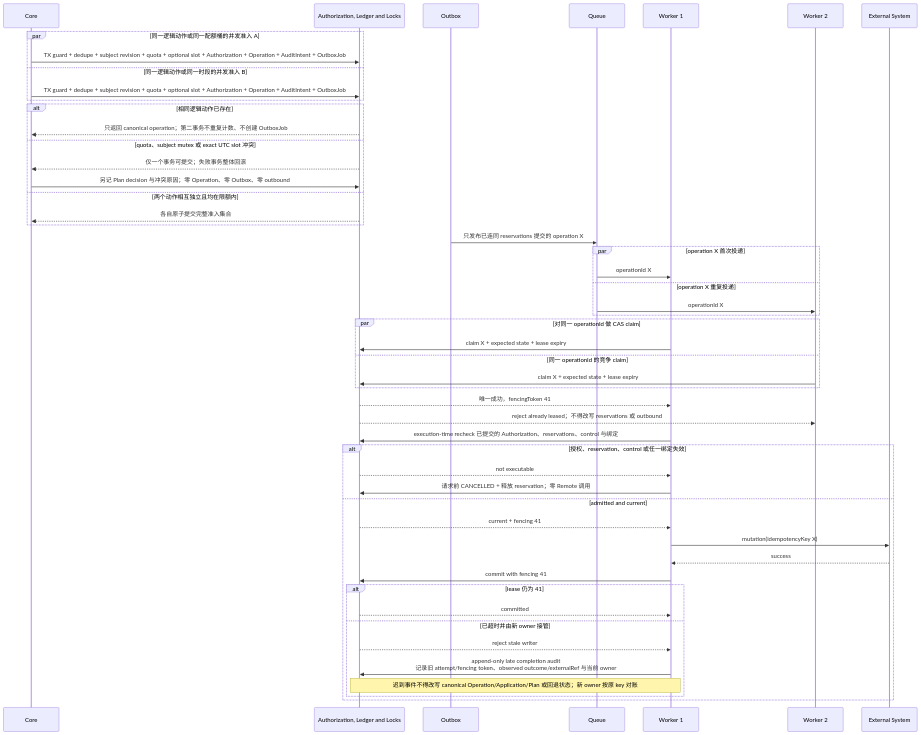
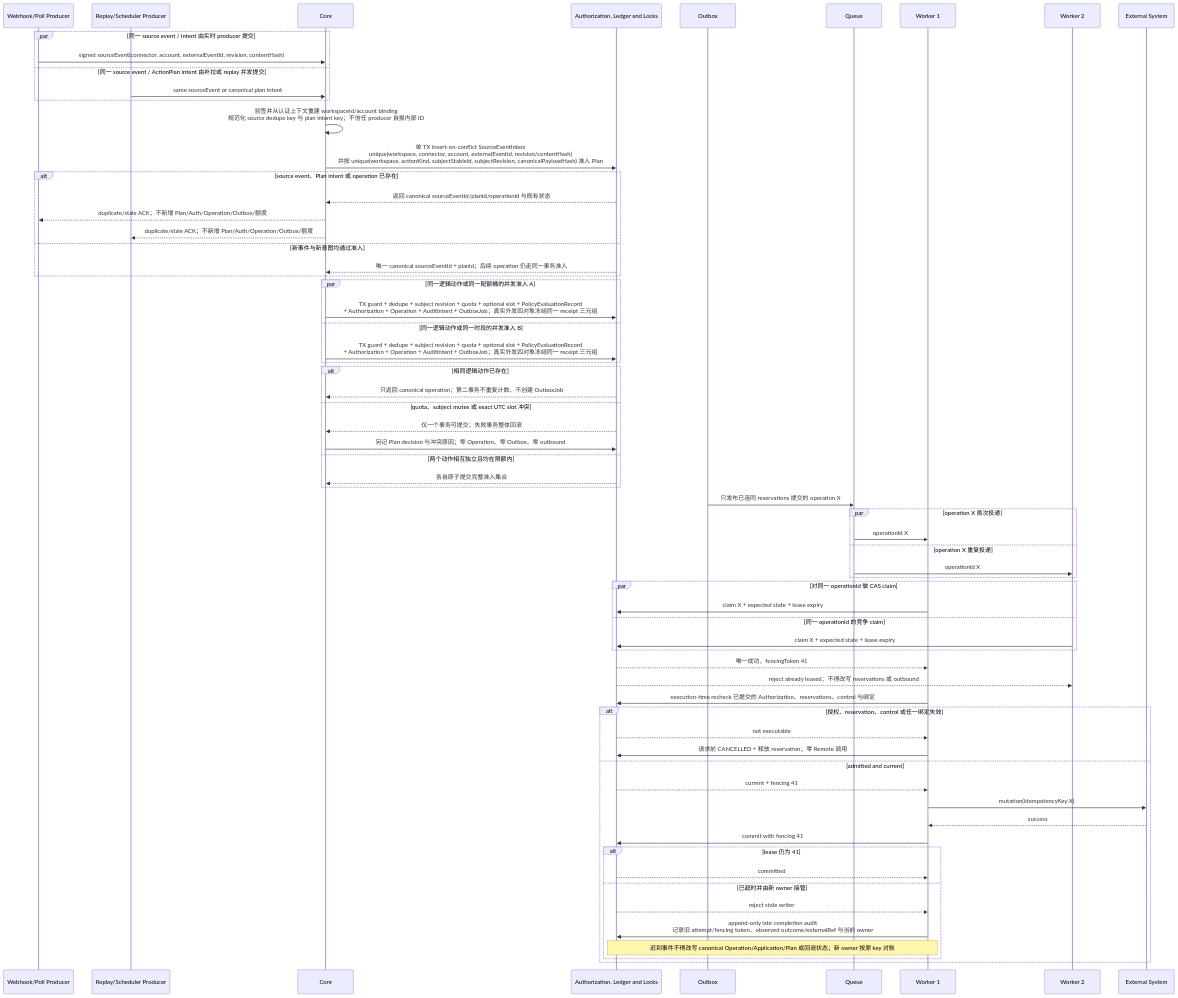
The eighth of 24 diagrams in docs/product/uml/05-sequence-flows.md (AnnCYW-cm/rolefox), drawn with Mermaid before and after one commit. The commit also changed other lines of this file and 103 other files, not shown here.

````diff
--- a/docs/product/uml/05-sequence-flows.md
+++ b/docs/product/uml/05-sequence-flows.md
@@ -481,60 +605,78 @@
 ```mermaid
 sequenceDiagram
+    participant P1 as Webhook/Poll Producer
+    participant P2 as Replay/Scheduler Producer
     participant Core
     participant DB as Authorization, Ledger and Locks
     participant Outbox
     participant Queue
     participant W1 as Worker 1
     participant W2 as Worker 2
     participant Remote as External System
 
+    %% @anchor MULTI_PRODUCER_SOURCE_PLAN_ADMISSION_DEDUP
+    par 同一 source event / intent 由实时 producer 提交
+        P1->>Core: signed sourceEvent(connector, account, externalEventId, revision, contentHash)
+    and 同一 source event / ActionPlan intent 由补拉或 replay 并发提交
+        P2->>Core: same sourceEvent or canonical plan intent
+    end
+    Core->>Core: 验签并从认证上下文重建 workspaceId/account binding<br/>规范化 source dedupe key 与 plan intent key；不信任 producer 自报内部 ID
+    Core->>DB: 单 TX insert-on-conflict SourceEventInbox<br/>unique(workspace, connector, account, externalEventId, revision/contentHash)<br/>并按 unique(workspace, actionKind, subjectStableId, subjectRevision, canonicalPayloadHash) 准入 Plan
+    alt source event、Plan intent 或 operation 已存在
+        DB-->>Core: 返回 canonical sourceEventId/planId/operationId 与既有状态
+        Core-->>P1: duplicate/stale ACK；不新增 Plan/Auth/Operation/Outbox/额度
+        Core-->>P2: duplicate/stale ACK；不新增 Plan/Auth/Operation/Outbox/额度
+    else 新事件与新意图均通过准入
+        DB-->>Core: 唯一 canonical sourceEventId + planId；后续 operation 仍走同一事务准入
+    end
+
     %% @anchor DUPLICATE_AND_QUOTA_ATOMICITY
     %% @anchor ATOMIC_QUOTA_RESERVATION
     %% @anchor ATOMIC_SLOT_RESERVATION
     par 同一逻辑动作或同一配额桶的并发准入 A
-        Core->>DB: TX guard + dedupe + subject revision + quota + optional slot + Authorization + Operation + AuditIntent + OutboxJob
+        Core->>DB: TX guard + dedupe + subject revision + quota + optional slot + PolicyEvaluationRecord<br/>+ Authorization + Operation + AuditIntent + OutboxJob；真实外发四对象冻结同一 receipt 三元组
     and 同一逻辑动作或同一时段的并发准入 B
-        Core->>DB: TX guard + dedupe + subject revision + quota + optional slot + Authorization + Operation + AuditIntent + OutboxJob
+        Core->>DB: TX guard + dedupe + subject revision + quota + optional slot + PolicyEvaluationRecord<br/>+ Authorization + Operation + AuditIntent + OutboxJob；真实外发四对象冻结同一 receipt 三元组
     end
     alt 相同逻辑动作已存在
         DB-->>Core: 只返回 canonical operation；第二事务不重复计数、不创建 OutboxJob
     else quota、subject mutex 或 exact UTC slot 冲突
         DB-->>Core: 仅一个事务可提交；失败事务整体回滚
         Core->>DB: 另记 Plan decision 与冲突原因；零 Operation、零 Outbox、零 outbound
     else 两个动作相互独立且均在限额内
         DB-->>Core: 各自原子提交完整准入集合
     end
     Outbox->>Queue: 只发布已连同 reservations 提交的 operation X
 
     par operation X 首次投递
         Queue->>W1: operationId X
     and operation X 重复投递
         Queue->>W2: operationId X
     end
     %% @anchor DUPLICATE_LEASE_COLLAPSE
     par 对同一 operationId 做 CAS claim
         W1->>DB: claim X + expected state + lease expiry
     and 同一 operationId 的竞争 claim
         W2->>DB: claim X + expected state + lease expiry
     end
     DB-->>W1: 唯一成功，fencingToken 41
     DB-->>W2: reject already leased；不得改写 reservations 或 outbound
     W1->>DB: execution-time recheck 已提交的 Authorization、reservations、control 与绑定
     alt 授权、reservation、control 或任一绑定失效
         DB-->>W1: not executable
         W1->>DB: 请求前 CANCELLED + 释放 reservation；零 Remote 调用
     else admitted and current
         DB-->>W1: current + fencing 41
         W1->>Remote: mutation(idempotencyKey X)
         Remote-->>W1: success
         %% @anchor FENCING_REJECTS_STALE
         W1->>DB: commit with fencing 41
         alt lease 仍为 41
             DB-->>W1: committed
         else 已超时并由新 owner 接管
             DB-->>W1: reject stale writer
             W1->>DB: append-only late completion audit<br/>记录旧 attempt/fencing token、observed outcome/externalRef 与当前 owner
             Note over W1,DB: 迟到事件不得改写 canonical Operation/Application/Plan 或回退状态；新 owner 按原 key 对账
         end
     end
 ```
````
